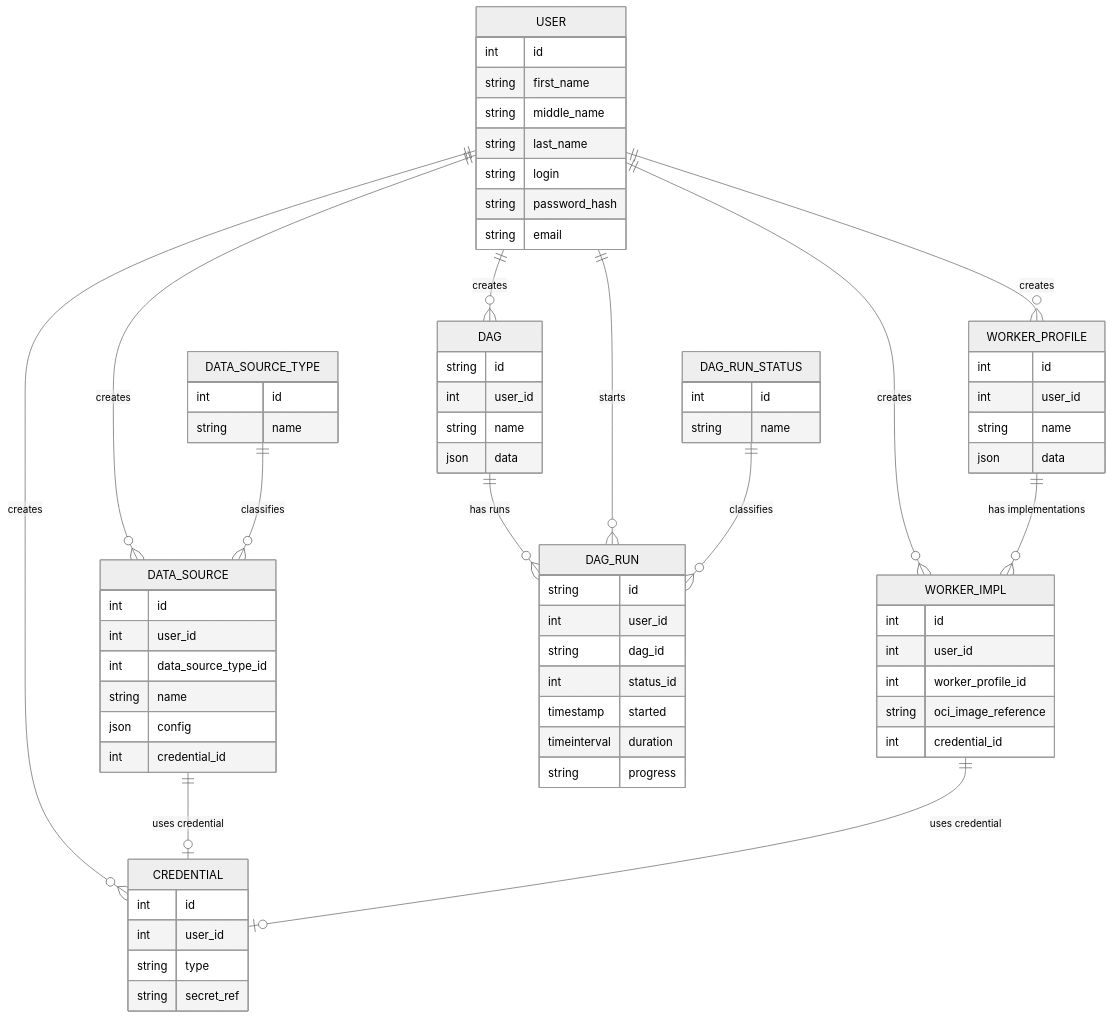
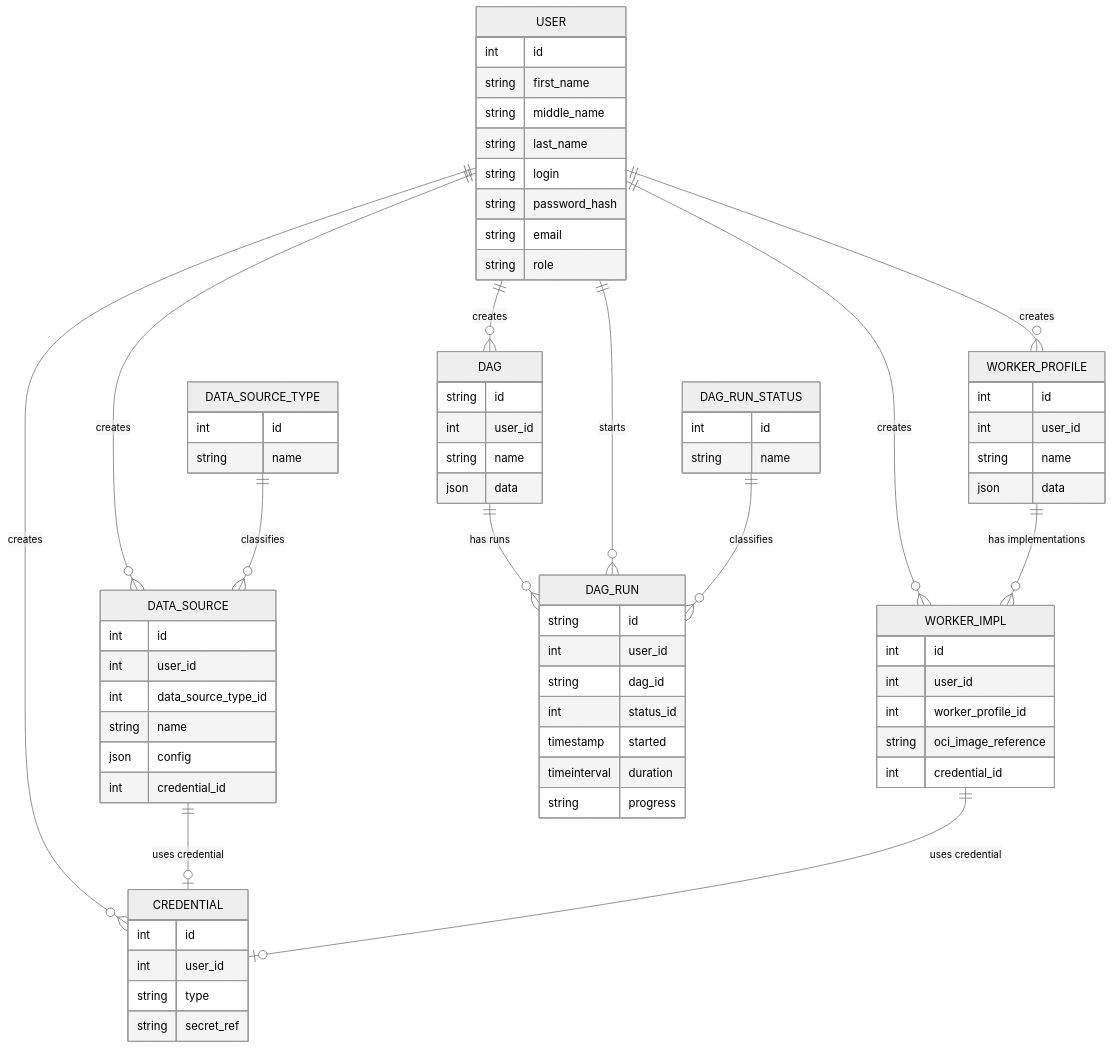
The eighth of 8 diagrams in mdds-docs/ARCHITECTURE.md (oleksiy-sayankin/mdds), drawn with Mermaid (neutral theme) before and after one commit. The commit also changed other lines of this file, not shown here.

First line of the commit message:
MDDS-523 Document initial Web Client user management flows

```diff
--- a/mdds-docs/ARCHITECTURE.md
+++ b/mdds-docs/ARCHITECTURE.md
@@ -1136,6 +1139,7 @@
         string login
         string password_hash
         string email
+        string role
     }
 
     DATA_SOURCE {
```
